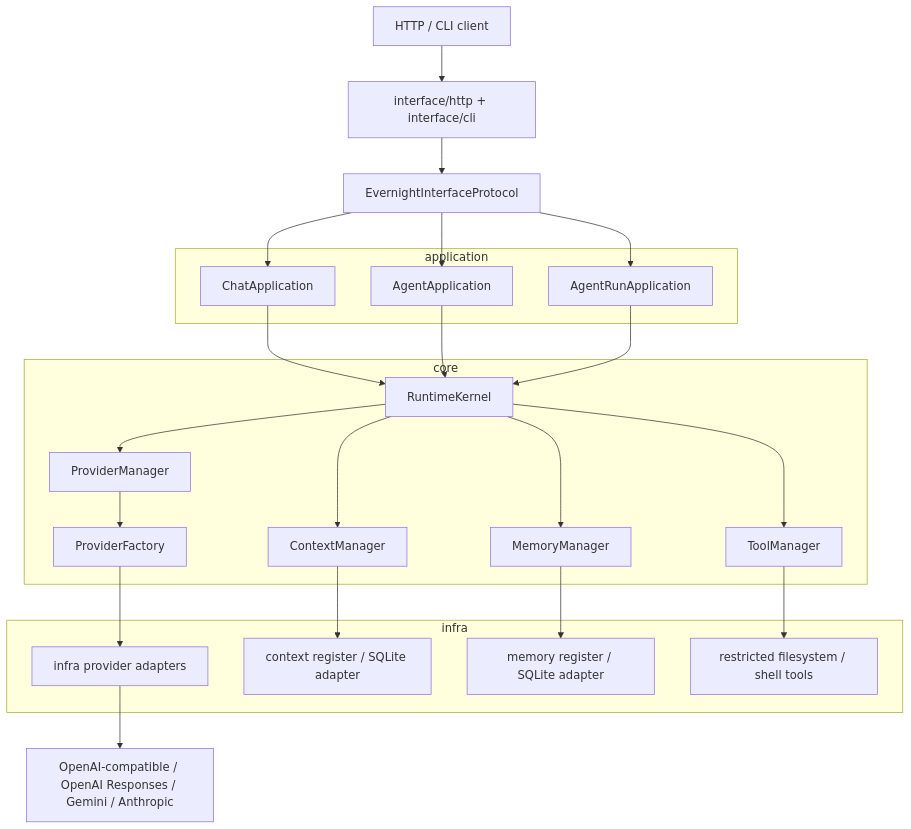
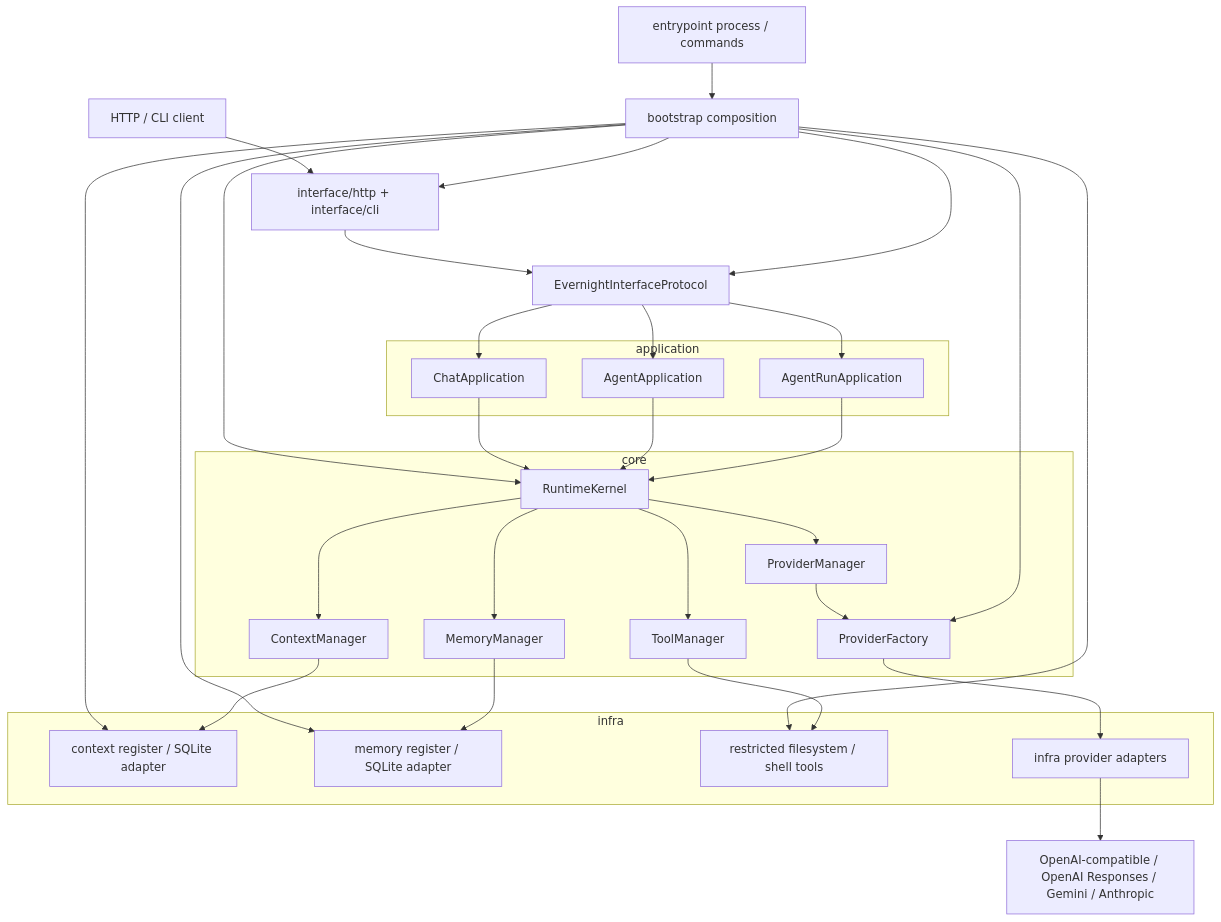
Before and after one commit to Evernight275/EvernightAI: the diagram in README.md, drawn with Mermaid. The commit also changed other lines of this file and 2 other files, not shown here.

Commit message:
docs:更新 bootstrap 架构说明

````diff
--- a/README.md
+++ b/README.md
@@ -20,47 +23,55 @@
 ```mermaid
 flowchart TD
+    Entrypoint["entrypoint process / commands"] --> Composition["bootstrap composition"]
     Client["HTTP / CLI client"] --> Interface["interface/http + interface/cli"]
+    Composition --> Interface
     Interface --> Boundary["EvernightInterfaceProtocol"]
+    Composition --> Boundary
     Boundary --> ChatApp["ChatApplication"]
     Boundary --> AgentApp["AgentApplication"]
     Boundary --> AgentRuns["AgentRunApplication"]
 
+    Composition --> Runtime
     ChatApp --> Runtime["RuntimeKernel"]
     AgentApp --> Runtime
     AgentRuns --> Runtime
 
     Runtime --> Providers["ProviderManager"]
     Runtime --> Contexts["ContextManager"]
     Runtime --> Memories["MemoryManager"]
     Runtime --> Tools["ToolManager"]
 
     Providers --> Factory["ProviderFactory"]
+    Composition --> Factory
+    Composition --> ContextStorage
+    Composition --> MemoryStorage
+    Composition --> ToolAdapters
     Factory --> Adapters["infra provider adapters"]
     Contexts --> ContextStorage["context register / SQLite adapter"]
     Memories --> MemoryStorage["memory register / SQLite adapter"]
     Tools --> ToolAdapters["restricted filesystem / shell tools"]
 
     Adapters --> RealProviders["OpenAI-compatible / OpenAI Responses / Gemini / Anthropic"]
 
     subgraph Core["core"]
         Runtime
         Providers
         Contexts
         Memories
         Tools
         Factory
     end
 
     subgraph Application["application"]
         ChatApp
         AgentApp
         AgentRuns
     end
 
     subgraph Infra["infra"]
         Adapters
         ContextStorage
         MemoryStorage
         ToolAdapters
     end
 ```
````
